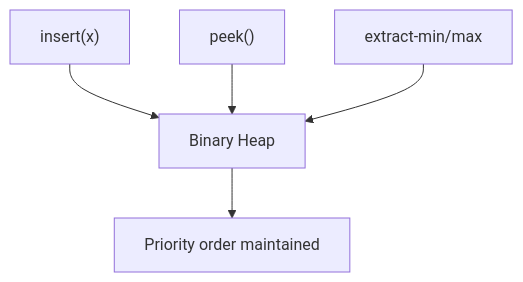
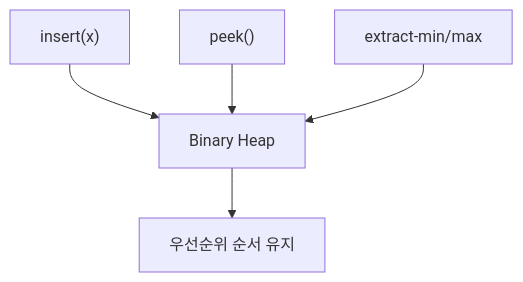
One commit to mandoobox/mandoobox.github.io changed diagram 17 of 43 in _posts/cs-note/2026-02-27-data-structure.md. Above: the diagram before and after it, drawn with Mermaid. The commit also changed other lines of this file and 18 other files, not shown here.

````diff
--- a/_posts/cs-note/2026-02-27-data-structure.md
+++ b/_posts/cs-note/2026-02-27-data-structure.md
@@ -596,7 +596,7 @@
 ```mermaid
 flowchart TD
   IN["insert(x)"] --> HEAP[Binary Heap]
   TOP["peek()"] --> HEAP
   POP["extract-min/max"] --> HEAP
-  HEAP --> ORD[Priority order maintained]
+  HEAP --> ORD[우선순위 순서 유지]
 ```
````
